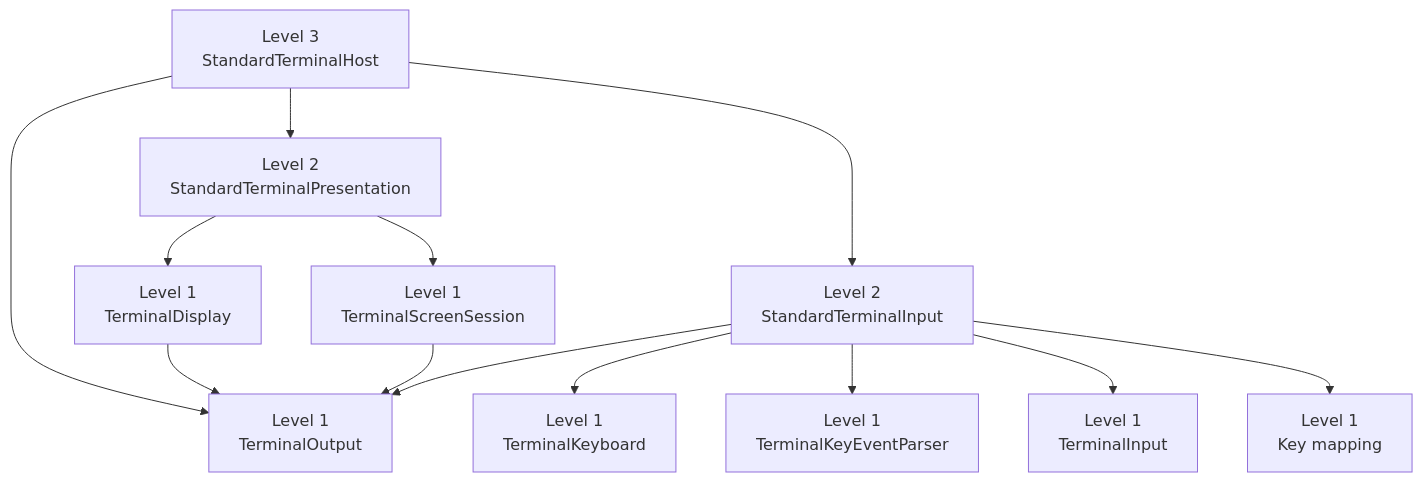
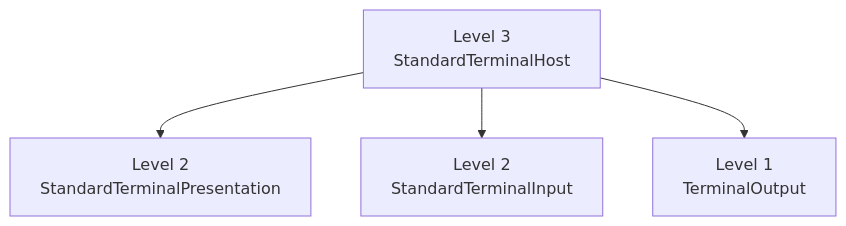
One commit to fa-ribeiro/Chip8NX changed the fourth of 4 diagrams in docs/guides/terminal-composition-levels.md. Above: the diagram before and after it, drawn with Mermaid. The commit also changed other lines of this file and 15 other files, not shown here.

````diff
--- a/docs/guides/terminal-composition-levels.md
+++ b/docs/guides/terminal-composition-levels.md
@@ -181,32 +181,11 @@
 ```mermaid
 flowchart TB
     L3["Level 3<br/>StandardTerminalHost"]
-
     Presentation["Level 2<br/>StandardTerminalPresentation"]
     Input["Level 2<br/>StandardTerminalInput"]
-
-    Display["Level 1<br/>TerminalDisplay"]
-    Screen["Level 1<br/>TerminalScreenSession"]
     Output["Level 1<br/>TerminalOutput"]
-
-    Keyboard["Level 1<br/>TerminalKeyboard"]
-    Parser["Level 1<br/>TerminalKeyEventParser"]
-    Source["Level 1<br/>TerminalInput"]
-    Mapping["Level 1<br/>Key mapping"]
 
     L3 --> Presentation
     L3 --> Input
     L3 --> Output
-
-    Presentation --> Display
-    Presentation --> Screen
-
-    Input --> Keyboard
-    Input --> Parser
-    Input --> Source
-    Input --> Mapping
-
-    Display --> Output
-    Screen --> Output
-    Input --> Output
 ```
````
